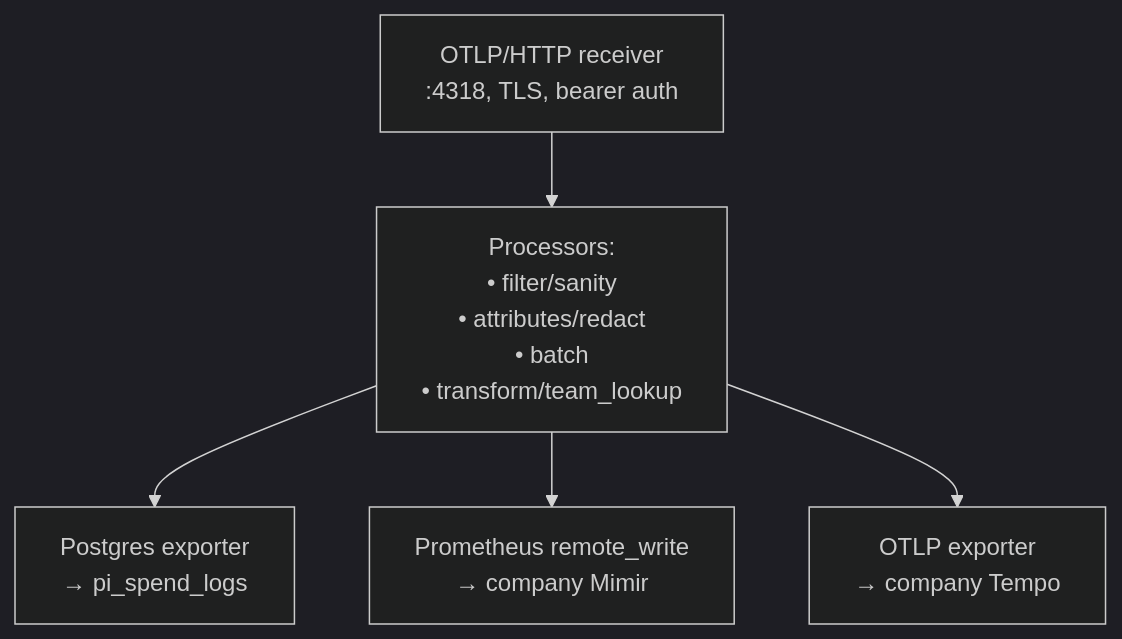
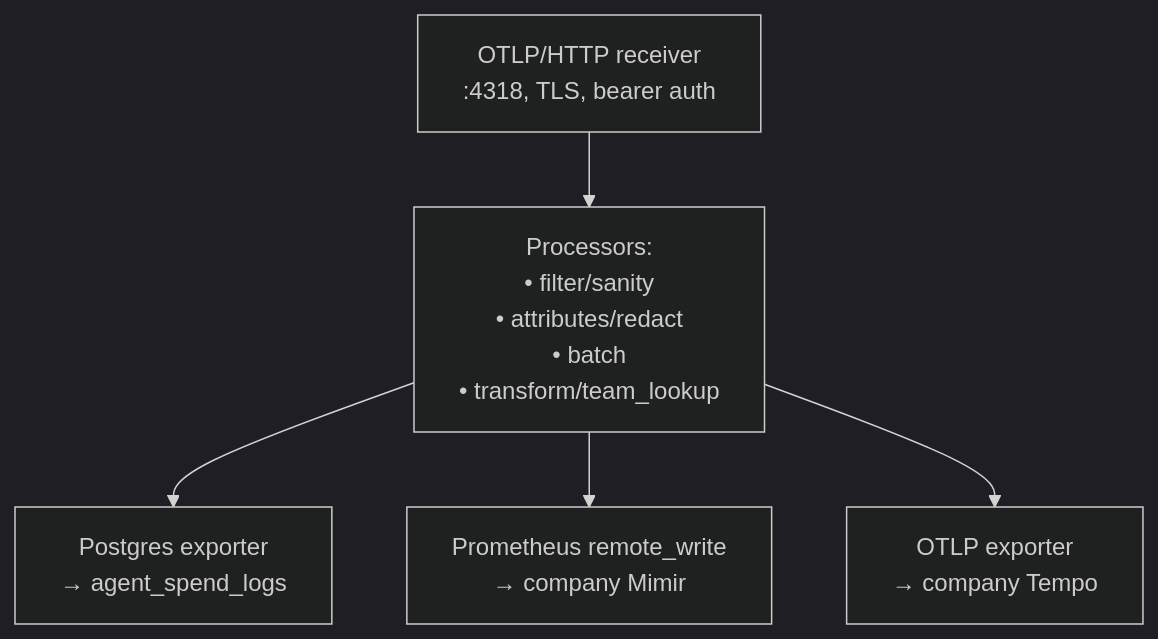
Before and after one commit to vilosource/pi-extensions: the seventh of 7 diagrams in docs/strategy/dashboard-backend-STRATEGY.md, drawn with Mermaid (dark theme). The commit also changed other lines of this file and 6 other files, not shown here.

First line of the commit message:
docs: harness-agnostic rename — agent.* attributes, agent-spend-dashboard

````diff
--- a/docs/strategy/dashboard-backend-STRATEGY.md
+++ b/docs/strategy/dashboard-backend-STRATEGY.md
@@ -213,8 +213,8 @@
 ```mermaid
 flowchart TB
   recv["OTLP/HTTP receiver\n:4318, TLS, bearer auth"]
   recv --> proc["Processors:\n• filter/sanity\n• attributes/redact\n• batch\n• transform/team_lookup"]
-  proc --> exp_pg["Postgres exporter\n→ pi_spend_logs"]
+  proc --> exp_pg["Postgres exporter\n→ agent_spend_logs"]
   proc --> exp_prom["Prometheus remote_write\n→ company Mimir"]
   proc --> exp_tempo["OTLP exporter\n→ company Tempo"]
 ```
````
